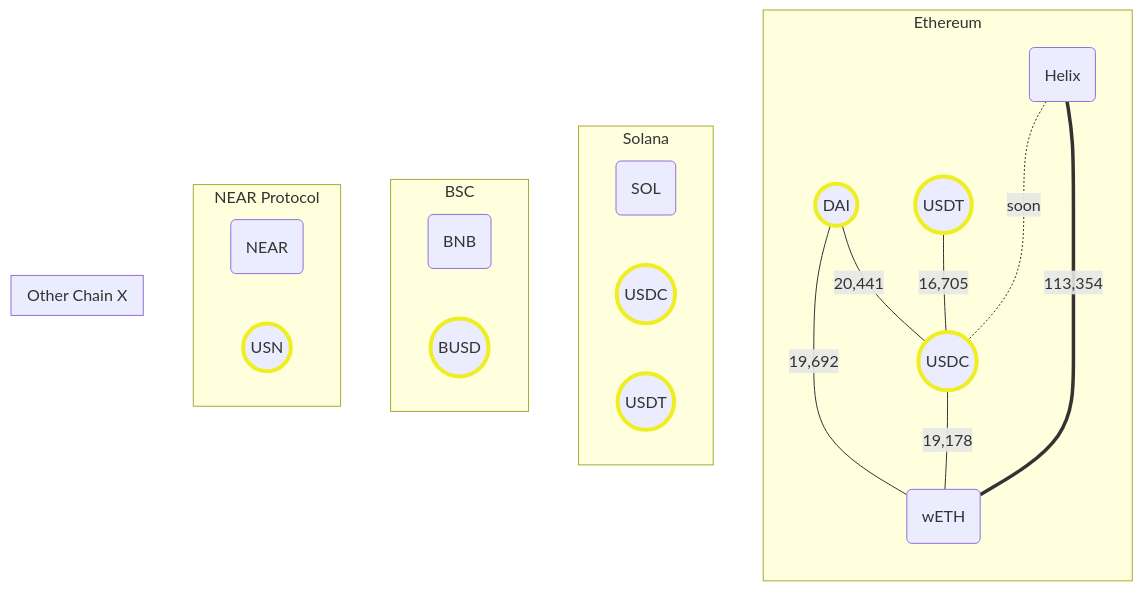
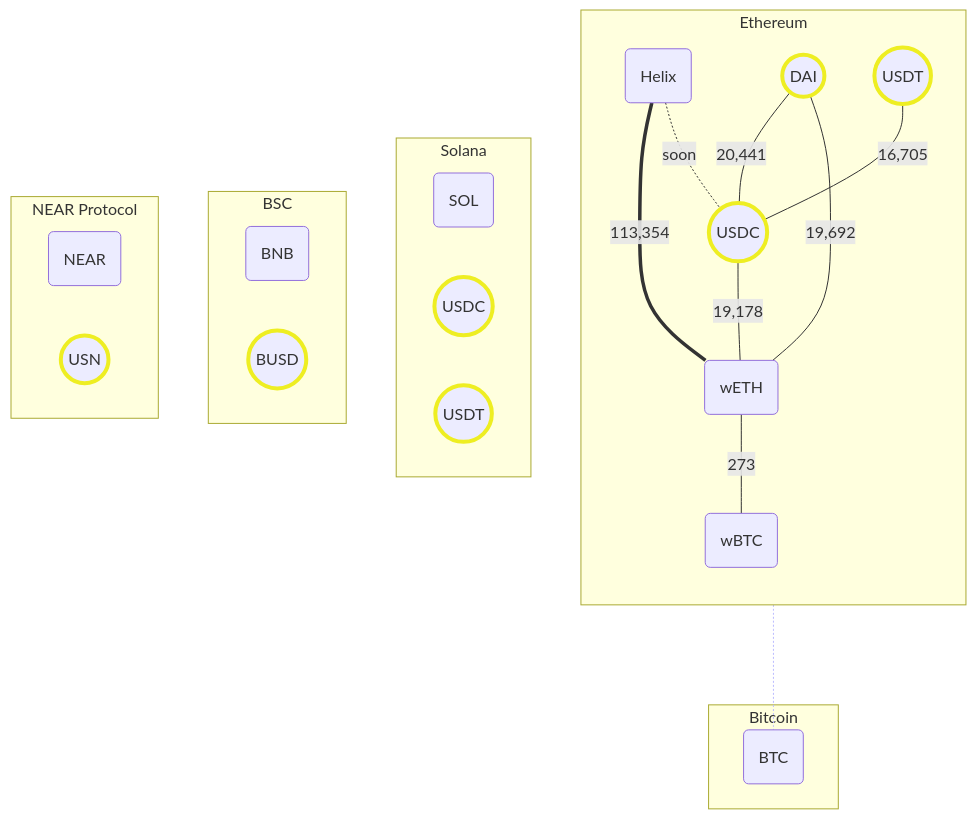
One commit to WaggMe/documentation-examples changed the second of 2 diagrams in helix-finance/liquidity-pools.md. Above: the diagram before and after it, drawn with Mermaid.

````diff
--- a/helix-finance/liquidity-pools.md
+++ b/helix-finance/liquidity-pools.md
@@ -32,39 +31,46 @@
 ```mermaid
 
 flowchart
     classDef stable fill:#ggg,stroke:#EE2,stroke-width:4px;
 
     subgraph Ethereum
         direction TB
         wETH(wETH)
         Helix(Helix)
+        wBTC(wBTC)
         ETH_USDC((USDC)):::stable
         ETH_USDT((USDT)):::stable
         DAI((DAI)):::stable
         Helix === |113,354| wETH
         DAI --- |20,441| ETH_USDC
         ETH_USDC --- |19,178| wETH
         DAI --- |19,692| wETH
         ETH_USDT --- |16,705| ETH_USDC
-        Helix -..- |soon| ETH_USDC
+        wETH --- |273| wBTC
+        Helix -.- |soon| ETH_USDC
     end
 
+    subgraph Bitcoin
+        BTC(BTC)
+    end
+
+    wBTC -..- BTC
+    
     subgraph Solana
         Sol(SOL)
         SOL_USDC((USDC)):::stable
         SOL_USDT((USDT)):::stable
     end
 
     subgraph BSC
         BNB(BNB)
         BUSDC((BUSD)):::stable
     end
 
     subgraph NEAR Protocol
         NEAR(NEAR)
         USN((USN)):::stable
     end
 
-    subgraph Other Chain X
-    end
+    linkStyle 7 stroke:#BBF,stroke-width:1px;
 ```
````
